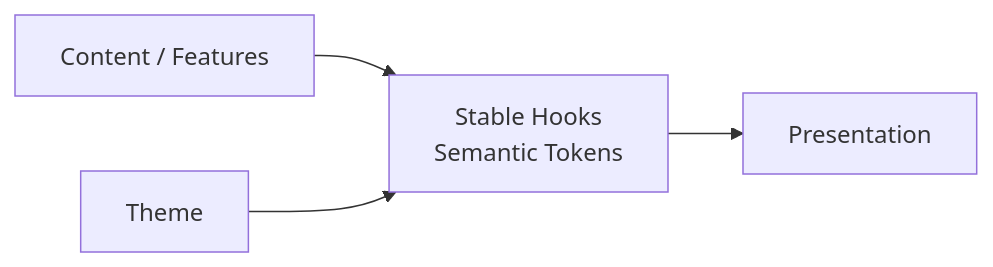
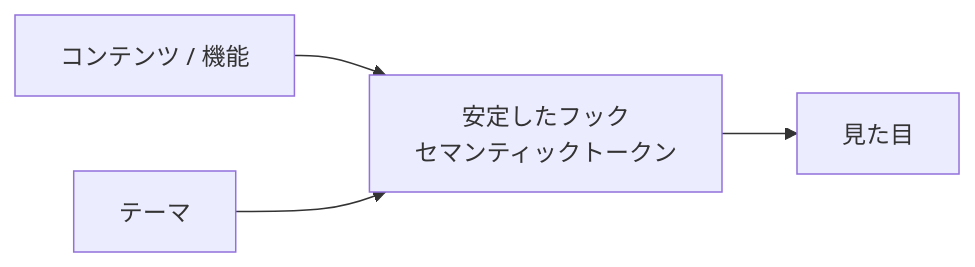
Before and after one commit to Rerurate514/riebeckite: the first of 10 diagrams in docs/docs/reference/theme-api.ja.md, drawn with Mermaid. The commit also changed other lines of this file and 310 other files, not shown here.

````diff
--- a/docs/docs/reference/theme-api.ja.md
+++ b/docs/docs/reference/theme-api.ja.md
@@ -32,11 +11,11 @@
 ```mermaid id="w4tgad"
 flowchart LR
-    Content["Content / Features"]
-    Hooks["Stable Hooks<br/>Semantic Tokens"]
-    Theme["Theme"]
-    Result["Presentation"]
+    Content["コンテンツ / 機能"]
+    Hooks["安定したフック<br/>セマンティックトークン"]
+    Theme["テーマ"]
+    Result["見た目"]
 
     Content --> Hooks
     Theme --> Hooks
     Hooks --> Result
 ```
````
